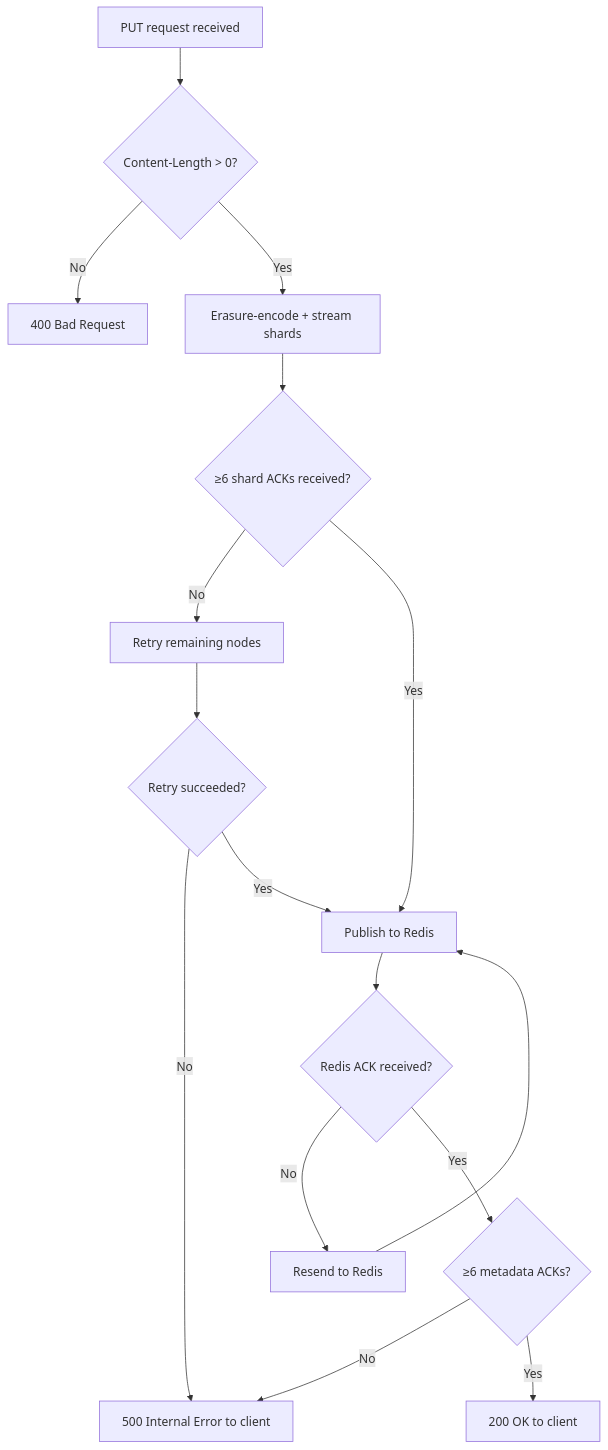
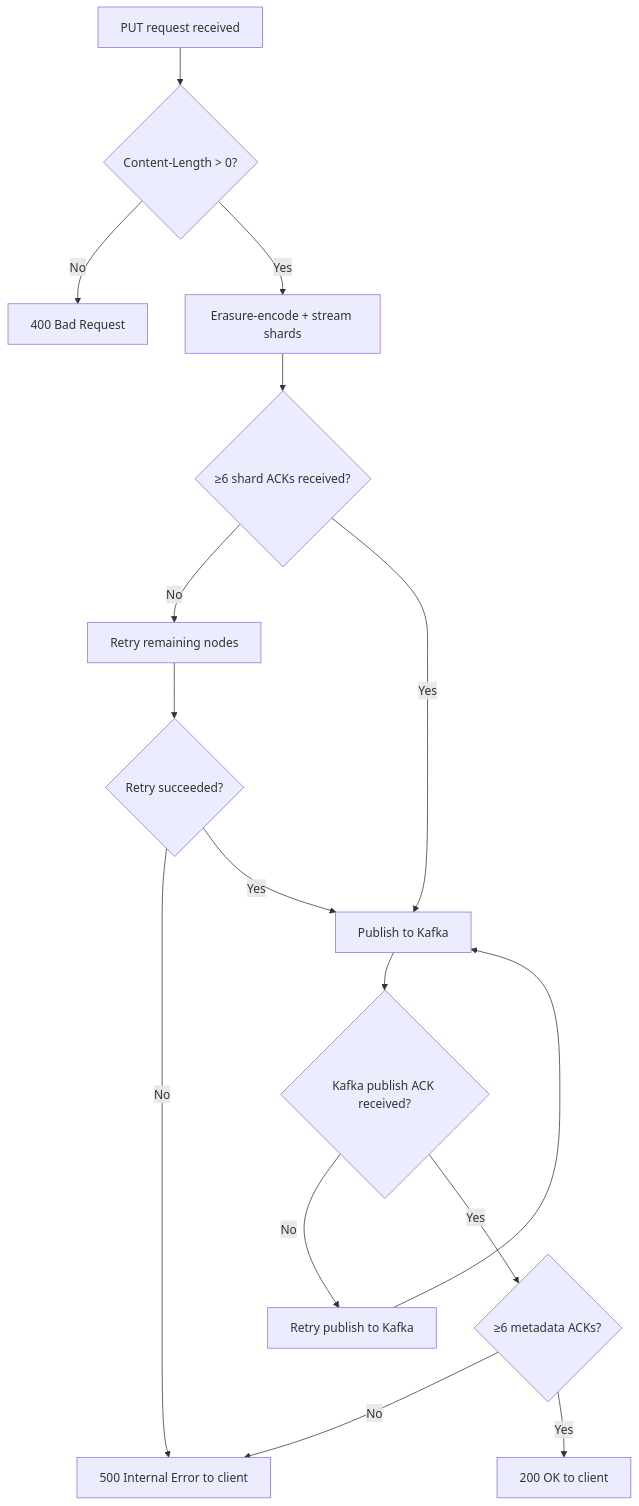
Before and after one commit to S26-Distributed-Capstone/Koop: the third of 16 diagrams in docs/workflow.md, drawn with Mermaid. The commit also changed other lines of this file, not shown here.

Commit message:
Update workflow documentation to reflect Kafka integration as the sequencer for operations

````diff
--- a/docs/workflow.md
+++ b/docs/workflow.md
@@ -107,18 +109,18 @@
 ```mermaid
 flowchart TD
     A[PUT request received] --> B{Content-Length > 0?}
     B -- No --> Z1[400 Bad Request]
     B -- Yes --> C[Erasure-encode + stream shards]
     C --> D{≥6 shard ACKs received?}
     D -- No --> E[Retry remaining nodes]
     E --> F{Retry succeeded?}
     F -- No --> Z2[500 Internal Error to client]
-    F -- Yes --> G[Publish to Redis]
+    F -- Yes --> G[Publish to Kafka]
     D -- Yes --> G
-    G --> H{Redis ACK received?}
-    H -- No --> I[Resend to Redis]
+    G --> H{Kafka publish ACK received?}
+    H -- No --> I[Retry publish to Kafka]
     I --> G
     H -- Yes --> J{≥6 metadata ACKs?}
     J -- No --> Z2
     J -- Yes --> K[200 OK to client]
 ```
````
